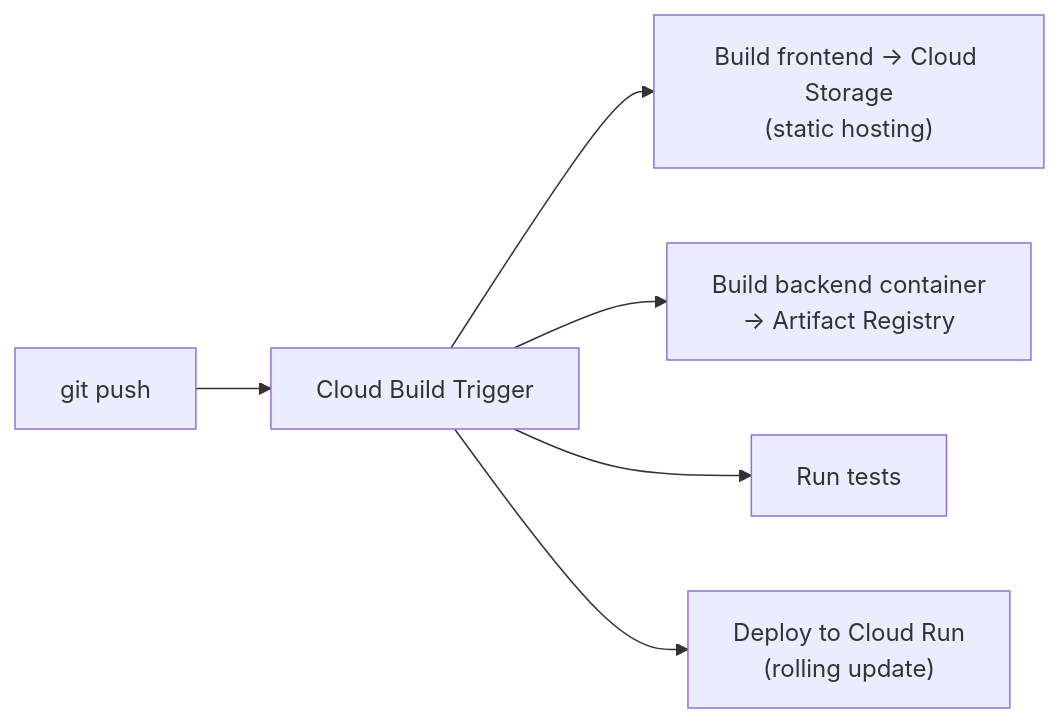
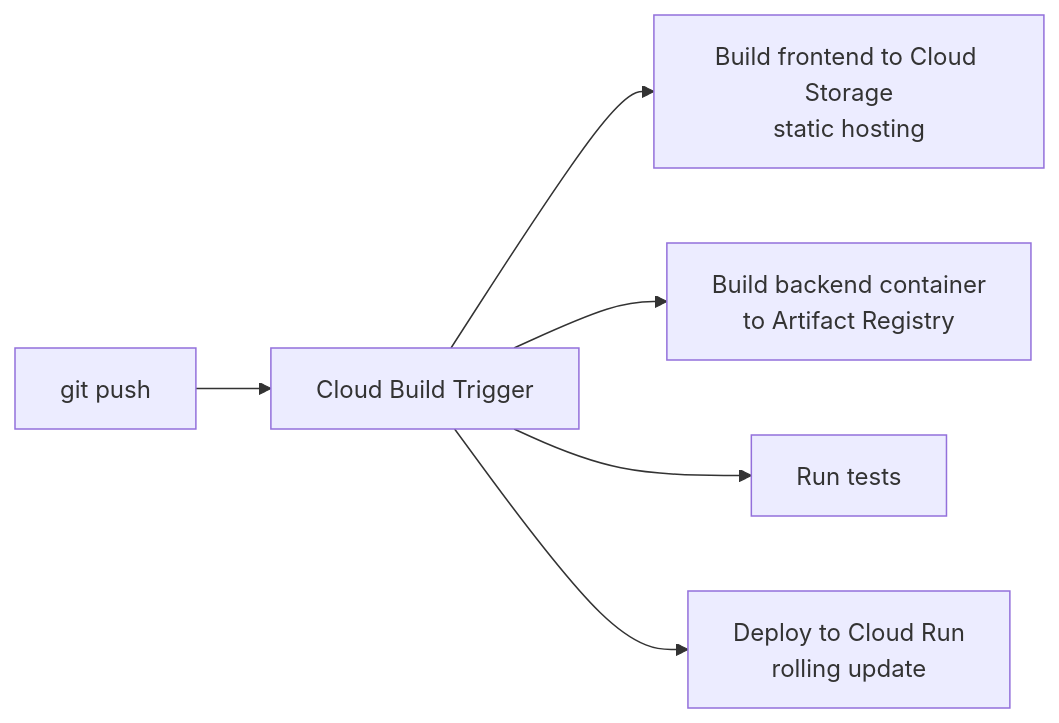
One commit to IndarKarhana/gemini-codebridge changed diagram 13 of 13 in docs/ARCHITECTURE.md. Above: the diagram before and after it, drawn with Mermaid. The commit also changed other lines of this file and 5 other files, not shown here.

First line of the commit message:
fix: repair mermaid diagrams and remove .cursor directory

````diff
--- a/docs/ARCHITECTURE.md
+++ b/docs/ARCHITECTURE.md
@@ -930,8 +930,8 @@
 ```mermaid
 flowchart LR
     A["git push"] --> B["Cloud Build Trigger"]
-    B --> C["Build frontend → Cloud Storage\n(static hosting)"]
-    B --> D["Build backend container\n→ Artifact Registry"]
+    B --> C["Build frontend to Cloud Storage<br/>static hosting"]
+    B --> D["Build backend container<br/>to Artifact Registry"]
     B --> E["Run tests"]
-    B --> F["Deploy to Cloud Run\n(rolling update)"]
+    B --> F["Deploy to Cloud Run<br/>rolling update"]
 ```
````
